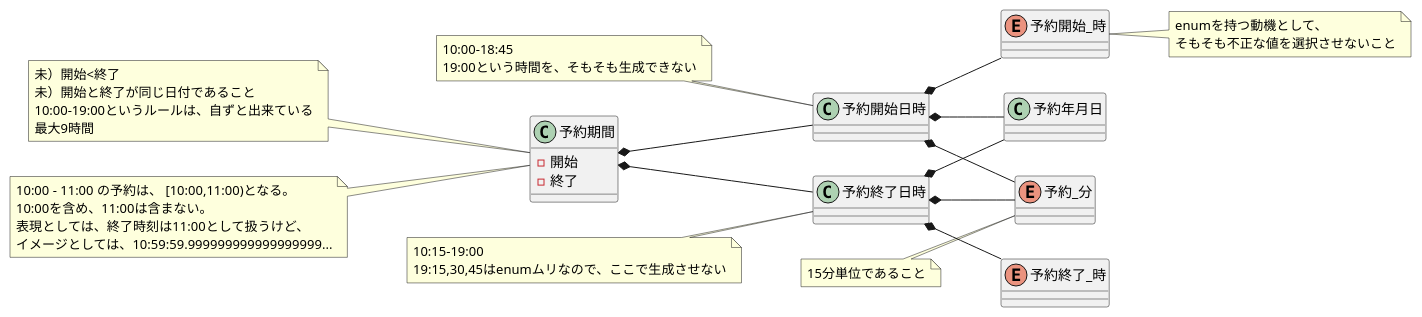
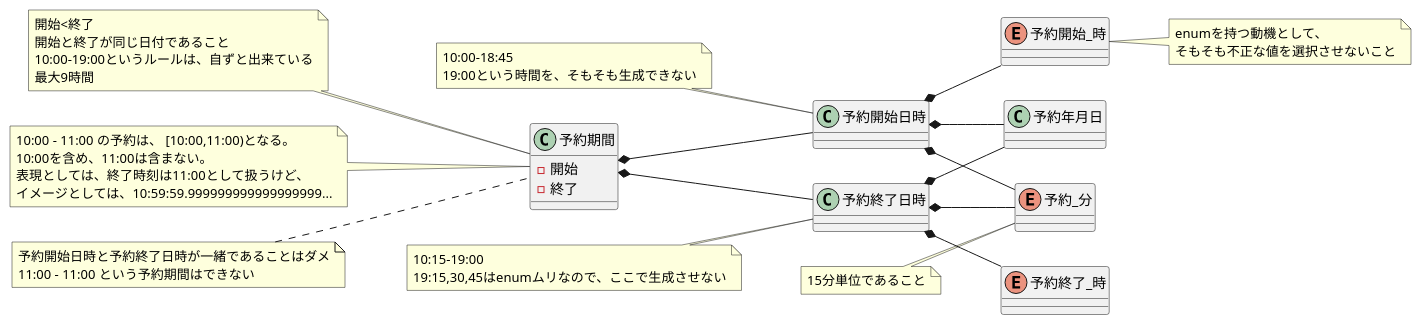
Before and after one commit to t2-kob/ModelingKai-Reservation: the diagram in diagram/domain_model.pu, drawn with PlantUML. The commit also changed 2 other files, not shown here.

```diff
--- a/diagram/domain_model.pu
+++ b/diagram/domain_model.pu
@@ -1,64 +1,70 @@
 @startuml
 
 left to right direction
 
 
 class 予約年月日
 enum 予約開始_時
 enum 予約終了_時
 enum 予約_分
 
 class 予約期間{
     - 開始
     - 終了
 }
 
 class 予約開始日時
 class 予約終了日時
 
 note left of 予約期間
-未）開始<終了
-未）開始と終了が同じ日付であること
+開始<終了
+開始と終了が同じ日付であること
 10:00-19:00というルールは、自ずと出来ている
 最大9時間
 end note
 
 note left of 予約_分
 15分単位であること
 end note
 
 
 予約開始日時 *-- 予約年月日
 予約開始日時 *-- 予約開始_時
 予約開始日時 *-- 予約_分
 予約終了日時 *-- 予約年月日
 予約終了日時 *-- 予約終了_時
 予約終了日時 *-- 予約_分
 
 予約期間 *-- 予約開始日時
 予約期間 *-- 予約終了日時
 
 note left of 予約期間
 10:00 - 11:00 の予約は、 [10:00,11:00)となる。
 10:00を含め、11:00は含まない。
 表現としては、終了時刻は11:00として扱うけど、
 イメージとしては、10:59:59.999999999999999999...
 end note
 
+note left of 予約期間
+予約開始日時と予約終了日時が一緒であることはダメ
+11:00 - 11:00 という予約期間はできない
+end note
+
+
 note left of 予約開始日時
 10:00-18:45
 19:00という時間を、そもそも生成できない
 end note
 
 
 note left of 予約終了日時
 10:15-19:00
 19:15,30,45はenumムリなので、ここで生成させない
 end note
 
 note right of 予約開始_時
 enumを持つ動機として、
 そもそも不正な値を選択させないこと
 end note
 
 @enduml
```
